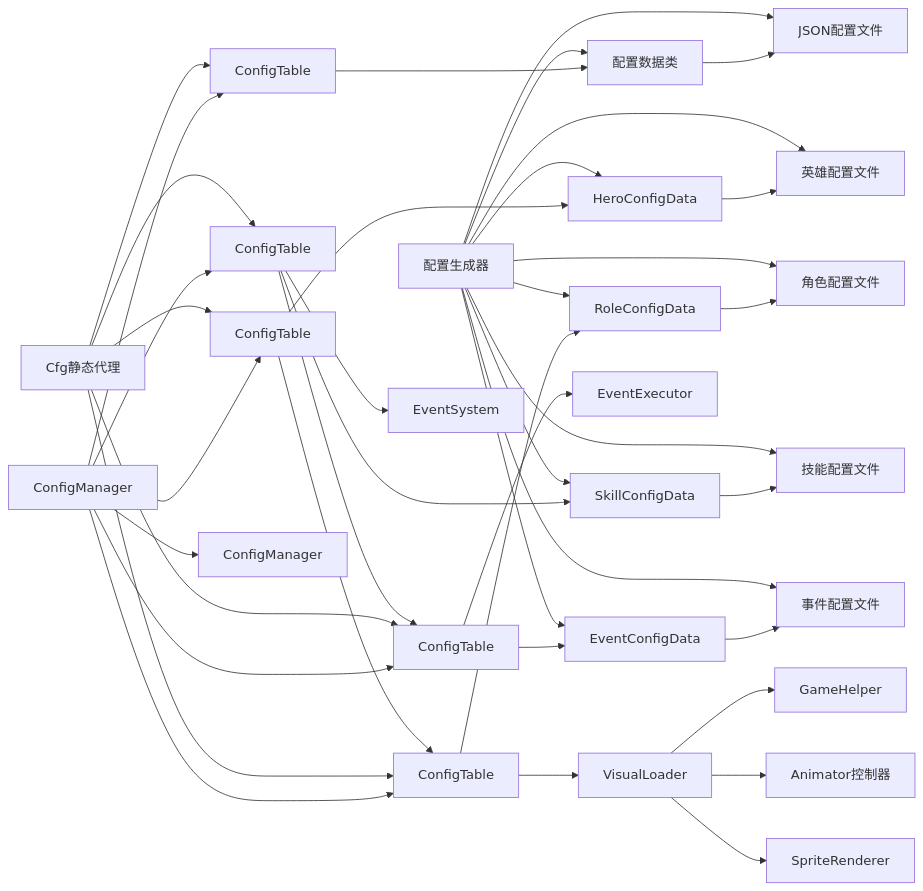
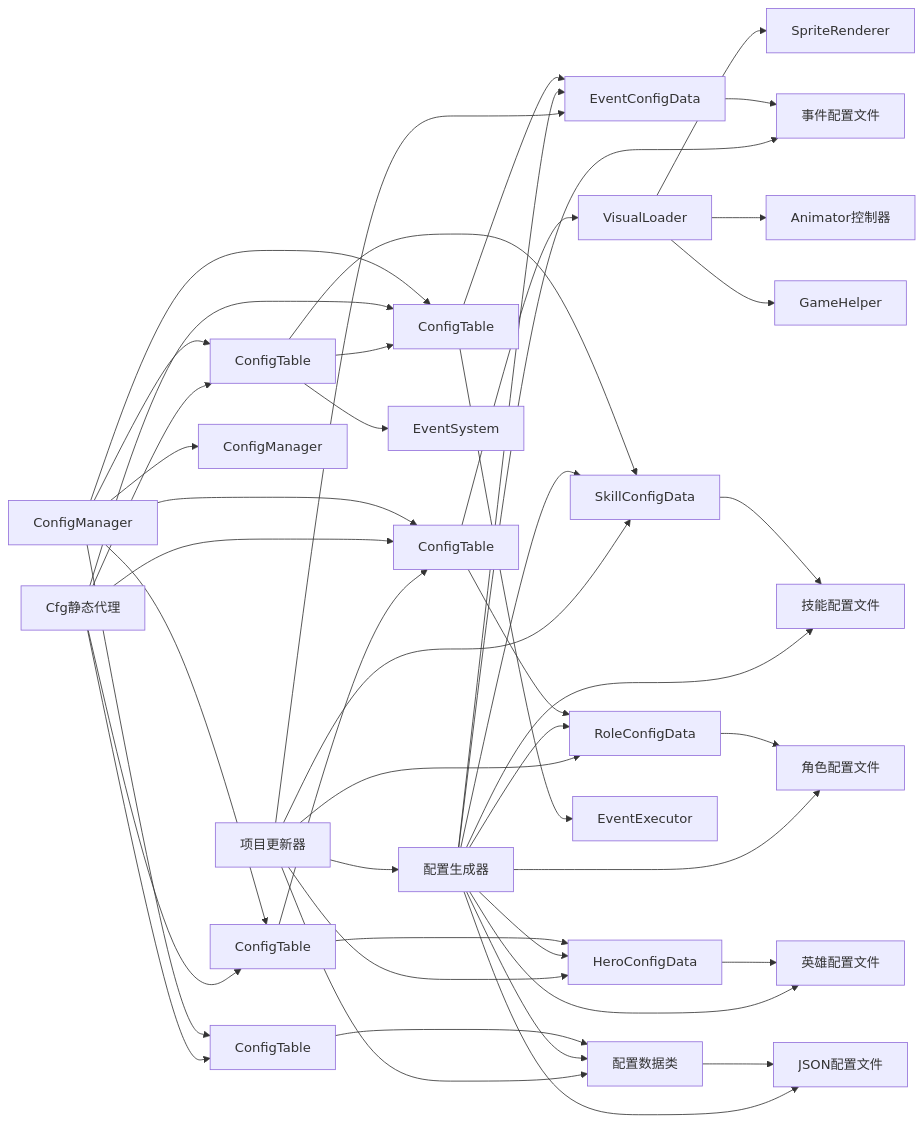
Before and after one commit to Tuusen/p1_client: the fourth of 4 diagrams in .qoder/repowiki/zh/content/配置管理系统/配置管理系统.md, drawn with Mermaid. The commit also changed other lines of this file and 14 other files, not shown here.

````diff
--- a/.qoder/repowiki/zh/content/配置管理系统/配置管理系统.md
+++ b/.qoder/repowiki/zh/content/配置管理系统/配置管理系统.md
@@ -1284,42 +1655,48 @@
 ```mermaid
 graph LR
 CM["ConfigManager"] --> CT["ConfigTable<T>"]
 CM --> HC["ConfigTable<HeroConfig>"]
 CM --> RC["ConfigTable<RoleConfig>"]
 CM --> SC["ConfigTable<SkillConfig>"]
 CM --> EC["ConfigTable<EventConfig>"]
 CM --> CMGR["ConfigManager"]
 CT --> Data["配置数据类"]
 HC --> HeroData["HeroConfigData"]
 RC --> RoleData["RoleConfigData"]
 SC --> SkillData["SkillConfigData"]
 EC --> EventData["EventConfigData"]
 CFG["Cfg静态代理"] --> CT
 CFG --> HC
 CFG --> RC
 CFG --> SC
 CFG --> EC
 Data --> JSON["JSON配置文件"]
 HeroData --> HeroJSON["英雄配置文件"]
 RoleData --> RoleJSON["角色配置文件"]
 SkillData --> SkillJSON["技能配置文件"]
 EventData --> EventJSON["事件配置文件"]
 GEN["配置生成器"] --> Data
 GEN --> HeroData
 GEN --> RoleData
 GEN --> SkillData
 GEN --> EventData
 GEN --> JSON
 GEN --> HeroJSON
 GEN --> RoleJSON
 GEN --> SkillJSON
 GEN --> EventJSON
 HC --> RC
 SC --> EC
 RC --> VL["VisualLoader"]
 VL --> GH["GameHelper"]
 VL --> AC["Animator控制器"]
 VL --> SR["SpriteRenderer"]
 SC --> ES["EventSystem"]
 EC --> EE["EventExecutor"]
+CS_PROJ["项目更新器"] --> GEN
+CS_PROJ --> Data
+CS_PROJ --> HeroData
+CS_PROJ --> RoleData
+CS_PROJ --> SkillData
+CS_PROJ --> EventData
 ```
````
